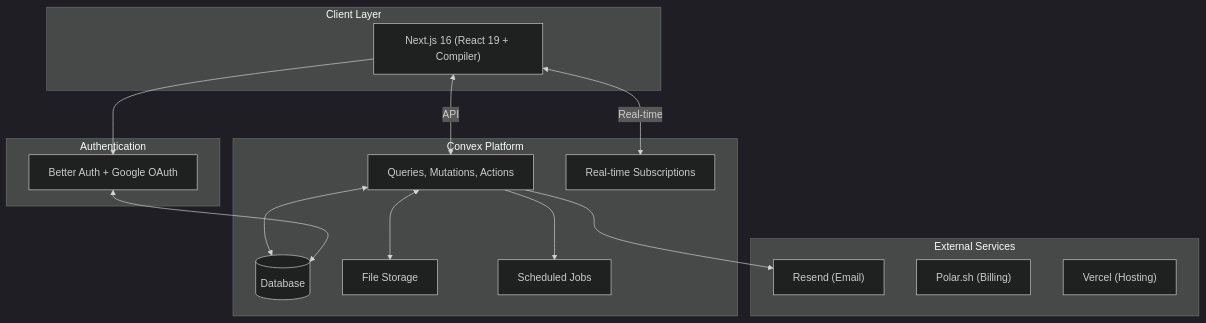
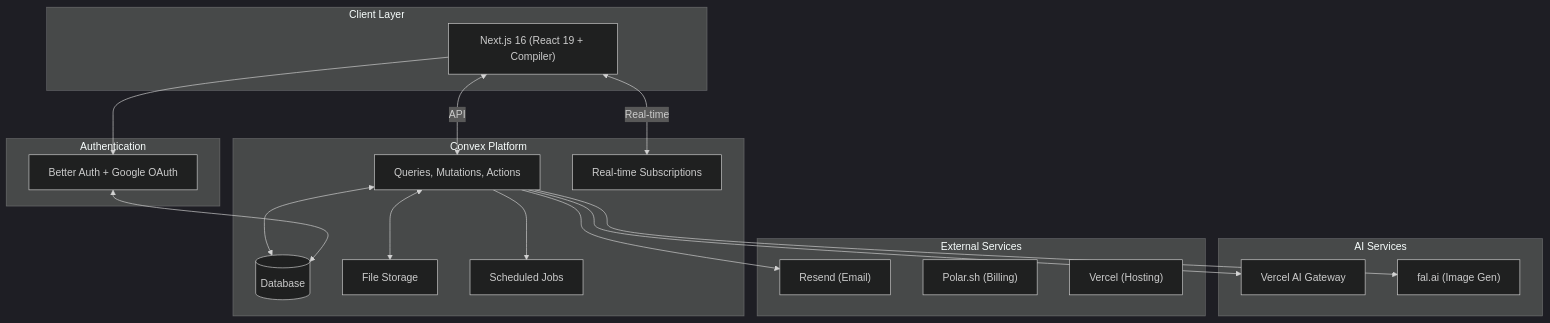
The diagram in docs/prd/system-architecture.md (UnderprotectionDev/salon-management-saas), drawn with Mermaid (dark theme) before and after one commit. The commit also changed other lines of this file and 8 other files, not shown here.

First line of the commit message:
Update AI milestone docs and architecture references

````diff
--- a/docs/prd/system-architecture.md
+++ b/docs/prd/system-architecture.md
@@ -5,29 +5,35 @@
 ```mermaid
 flowchart TB
     subgraph Client["Client Layer"]
         NextJS["Next.js 16 (React 19 + Compiler)"]
     end
     subgraph Convex["Convex Platform"]
         Functions["Queries, Mutations, Actions"]
         Database[(Database)]
         Realtime["Real-time Subscriptions"]
         Storage["File Storage"]
         Scheduler["Scheduled Jobs"]
     end
     subgraph Auth["Authentication"]
         BetterAuth["Better Auth + Google OAuth"]
     end
+    subgraph AI["AI Services"]
+        AIGateway["Vercel AI Gateway"]
+        FalAI["fal.ai (Image Gen)"]
+    end
     subgraph External["External Services"]
         Resend["Resend (Email)"]
         Polar["Polar.sh (Billing)"]
         Vercel["Vercel (Hosting)"]
     end
     NextJS <-->|Real-time| Realtime
     NextJS <-->|API| Functions
     Functions <--> Database
     Functions <--> Storage
     Functions --> Scheduler
+    Functions --> AIGateway
+    Functions --> FalAI
     Functions --> Resend
     NextJS --> BetterAuth
     BetterAuth <--> Database
 ```
````
